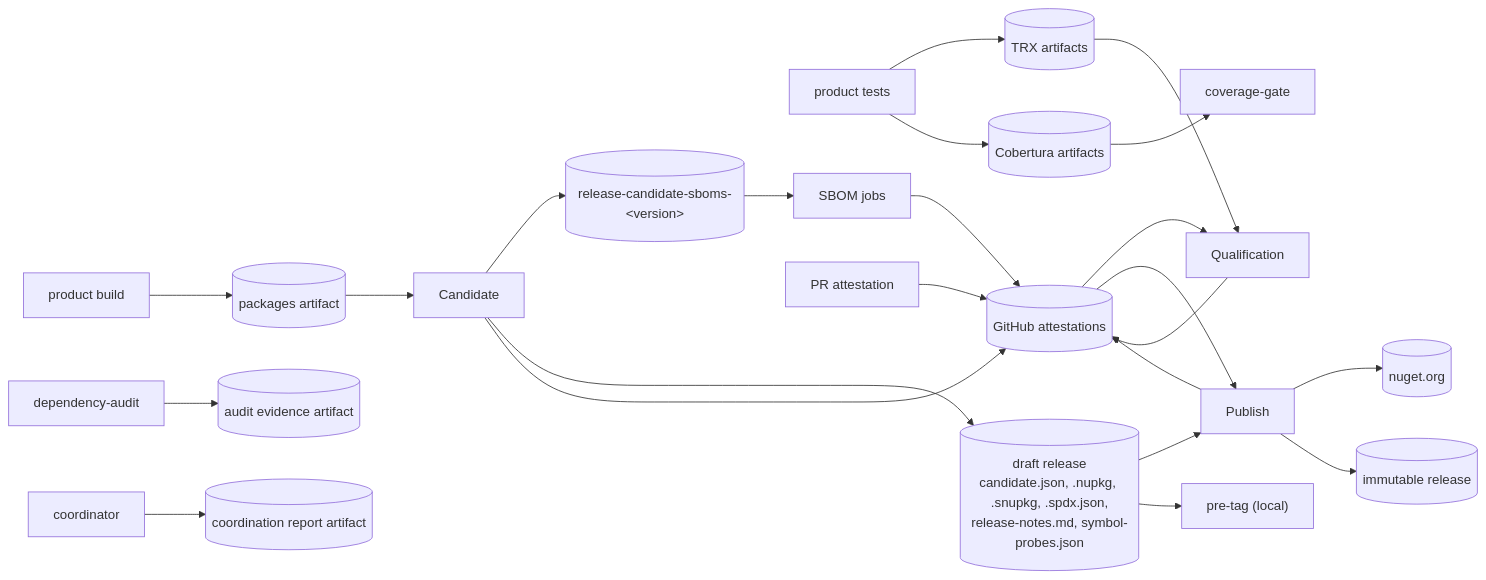
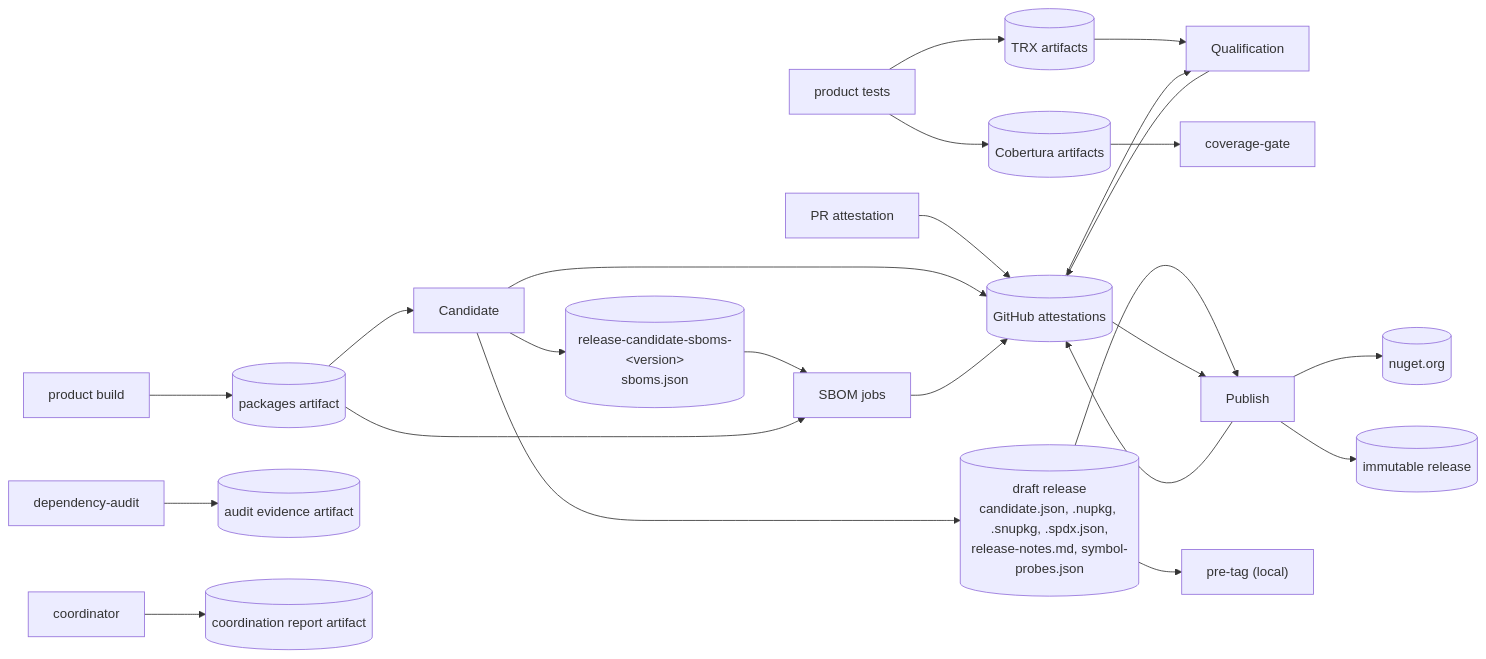
Before and after one commit to doka-labs/workflows: diagram 14 of 19 in docs/overview.md, drawn with Mermaid. The commit also changed other lines of this file and 8 other files, not shown here.

````diff
--- a/docs/overview.md
+++ b/docs/overview.md
@@ -335,21 +337,22 @@
 ```mermaid
 flowchart LR
   build["product build"] --> pa[("packages artifact")] --> cand["Candidate"]
   tests["product tests"] --> trx[("TRX artifacts")] --> qual["Qualification"]
   tests --> cob[("Cobertura artifacts")] --> cov["coverage-gate"]
-  cand --> sa[("release-candidate-sboms-&lt;version&gt;")] --> sbom["SBOM jobs"]
+  cand --> sa[("release-candidate-sboms-&lt;version&gt;<br/>sboms.json")] --> sbom["SBOM jobs"]
+  pa --> sbom
   cand --> draft[("draft release<br/>candidate.json, .nupkg, .snupkg, .spdx.json,<br/>release-notes.md, symbol-probes.json")]
   draft --> pub["Publish"]
   draft --> pretag["pre-tag (local)"]
   prat["PR attestation"] --> store[("GitHub attestations")]
   qual --> store
   cand --> store
   sbom --> store
   pub --> store
   store --> qual
   store --> pub
   pub --> nuget[("nuget.org")]
   pub --> release[("immutable release")]
   audit["dependency-audit"] --> ev[("audit evidence artifact")]
   coord["coordinator"] --> rep[("coordination report artifact")]
 ```
````
